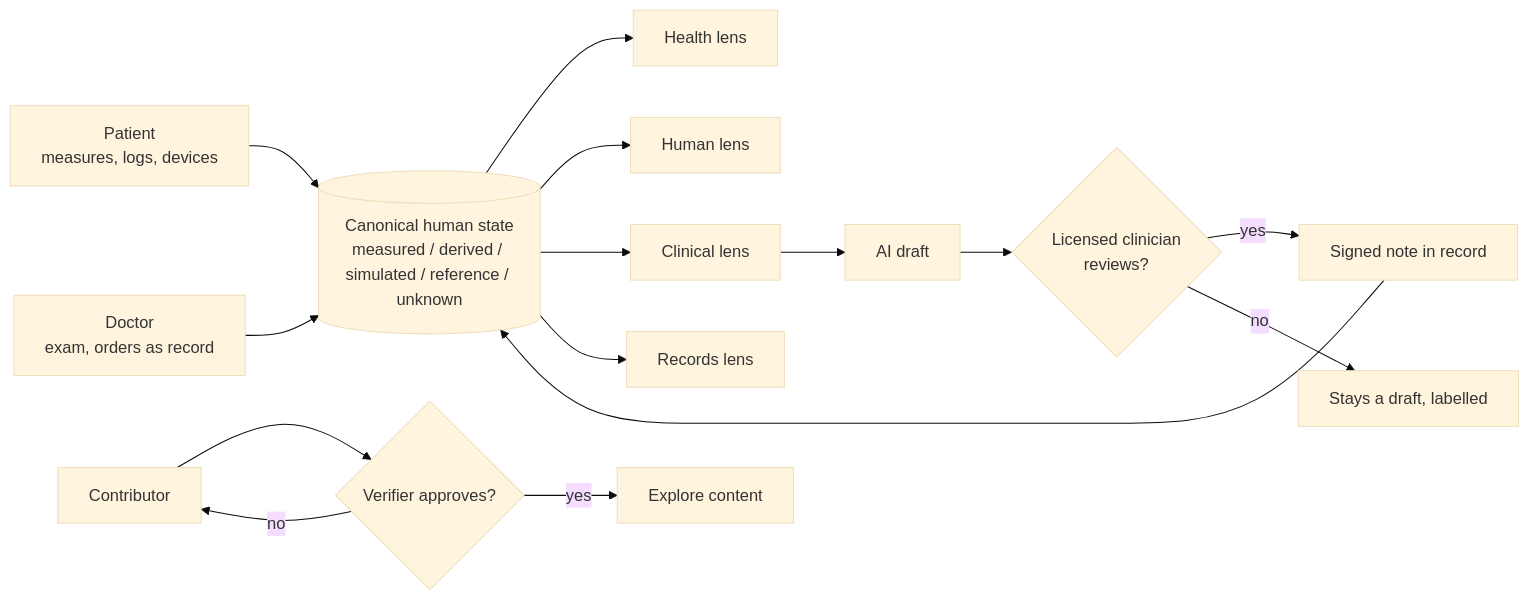
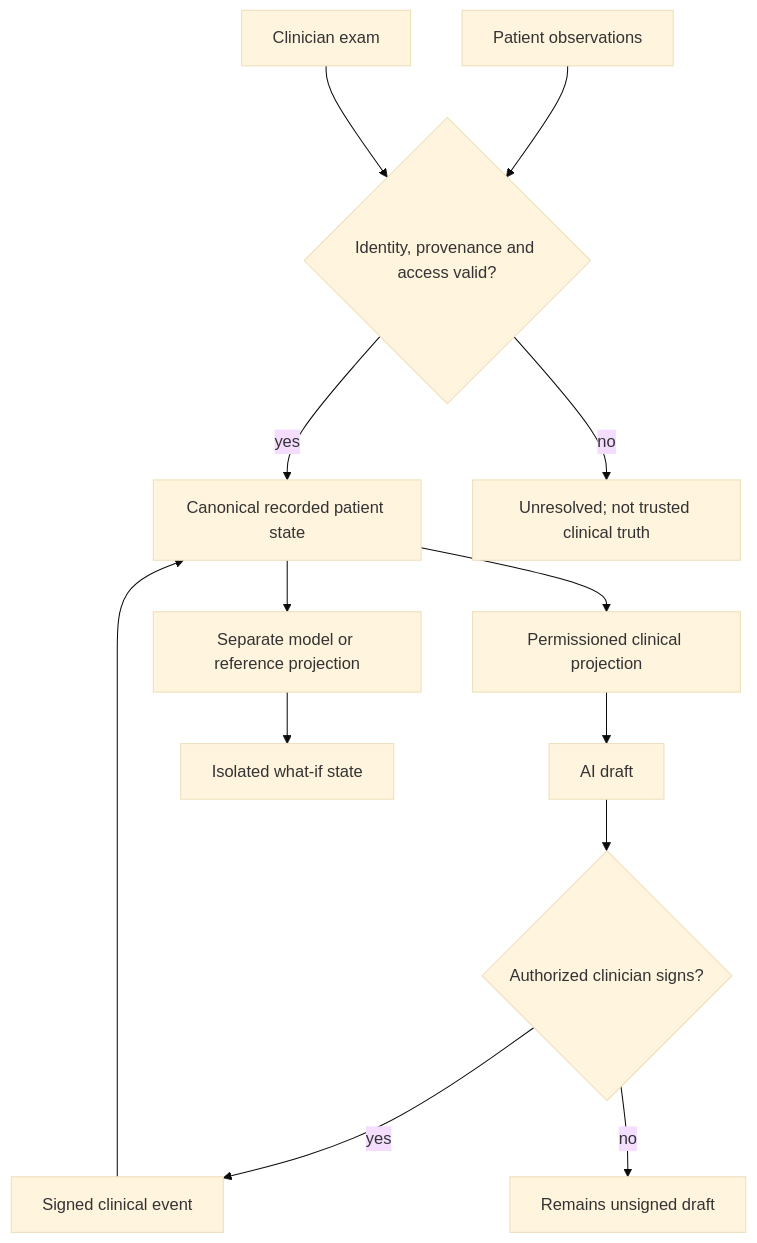
One commit to rizkyazhar486/Panacea changed the fifth of 10 diagrams in docs/product/PRD_PANACEAMED.md. Above: the diagram before and after it, drawn with Mermaid (base theme). The commit also changed other lines of this file, not shown here.

````diff
--- a/docs/product/PRD_PANACEAMED.md
+++ b/docs/product/PRD_PANACEAMED.md
@@ -223,17 +259,15 @@
 ```mermaid
-flowchart LR
-  P[Patient<br/>measures, logs, devices] --> S[(Canonical human state<br/>measured / derived / simulated / reference / unknown)]
-  D[Doctor<br/>exam, orders as record] --> S
-  S --> H[Health lens]
-  S --> HU[Human lens]
-  S --> C[Clinical lens]
-  S --> R[Records lens]
-  C --> AI[AI draft]
-  AI --> G{Licensed clinician<br/>reviews?}
-  G -- yes --> N[Signed note in record]
-  G -- no --> X[Stays a draft, labelled]
+flowchart TD
+  P["Patient observations"] --> V{"Identity, provenance and access valid?"}
+  D["Clinician exam"] --> V
+  V -- yes --> S["Canonical recorded patient state"]
+  V -- no --> X["Unresolved; not trusted clinical truth"]
+  S --> C["Permissioned clinical projection"]
+  C --> AI["AI draft"]
+  AI --> G{"Authorized clinician signs?"}
+  G -- yes --> N["Signed clinical event"]
+  G -- no --> U["Remains unsigned draft"]
   N --> S
-  CT[Contributor] --> V{Verifier approves?}
-  V -- yes --> E[Explore content]
-  V -- no --> CT
+  S --> M["Separate model or reference projection"]
+  M --> W["Isolated what-if state"]
 ```
````
